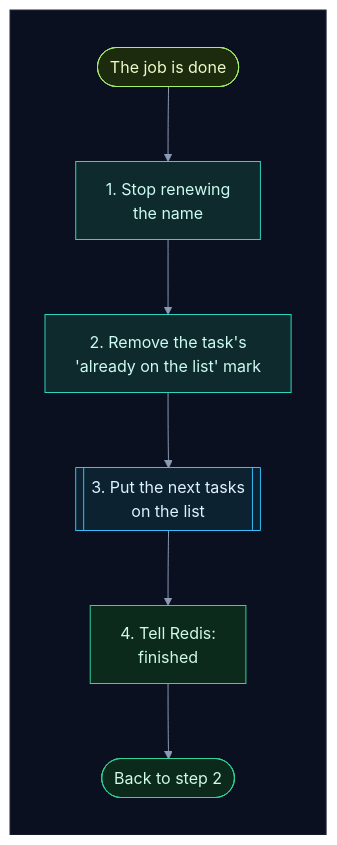
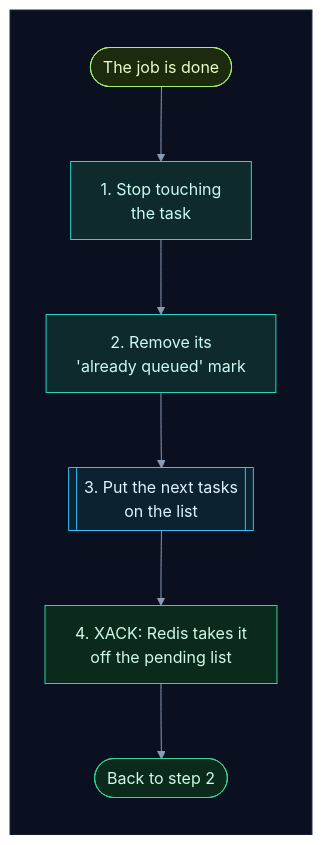
Diagram 14 of 43 in backend/worker/INTERNALS.md (selvakumarperumal/Regulatory_Circular_Impact_Agent), drawn with Mermaid before and after one commit. The commit also changed other lines of this file and 2 other files, not shown here.

````diff
--- a/backend/worker/INTERNALS.md
+++ b/backend/worker/INTERNALS.md
@@ -605,27 +789,27 @@
 ```mermaid
 %%{init: {"theme": "base", "flowchart": {"diagramPadding": 0}, "themeVariables": {"darkMode": true, "primaryColor": "#16213a", "primaryTextColor": "#e6edf7", "primaryBorderColor": "#475a7a", "lineColor": "#8b9bb4", "secondaryColor": "#1b2436", "tertiaryColor": "#101a2e", "edgeLabelBackground": "#0f172a", "textColor": "#e2e8f0", "clusterBkg": "#0f1728", "clusterBorder": "#2b3a55", "titleColor": "#c4b5fd", "nodeTextColor": "#e6edf7"}}}%%
 flowchart TD
     subgraph canvas[" "]
         direction TB
-        d(["The job is done"]) --> u["1. Stop renewing<br/>the name"]
-        u --> k["2. Remove the task's<br/>'already on the list' mark"]
+        d(["The job is done"]) --> u["1. Stop touching<br/>the task"]
+        u --> k["2. Remove its<br/>'already queued' mark"]
         k --> n[["3. Put the next tasks<br/>on the list"]]
-        n --> a["4. Tell Redis:<br/>finished"]
+        n --> a["4. XACK: Redis takes it<br/>off the pending list"]
         a --> b(["Back to step 2"])
     end
     classDef svc fill:#0e2a2c,stroke:#2dd4bf,color:#ccfbf1
     classDef data fill:#1c1a47,stroke:#818cf8,color:#e0e7ff
     classDef ext fill:#2a1640,stroke:#c084fc,color:#f3e8ff
     classDef gpu fill:#2d1b0c,stroke:#fb923c,color:#ffedd5
     classDef ask fill:#2a2410,stroke:#fbbf24,color:#fef3c7
     classDef ok fill:#0b2a1c,stroke:#34d399,color:#d1fae5
     classDef bad fill:#2e0f17,stroke:#fb7185,color:#ffe4e6
     classDef start fill:#1c2a0e,stroke:#a7ef6f,color:#ecfccb
     classDef muted fill:#1a2130,stroke:#64748b,color:#cbd5e1
     classDef queue fill:#0c2231,stroke:#38bdf8,color:#e0f2fe
     class d start
     class u,k svc
     class n queue
     class a,b ok
     style canvas fill:#0b1020,stroke:#1e293b,color:#0b1020
 ```
````
